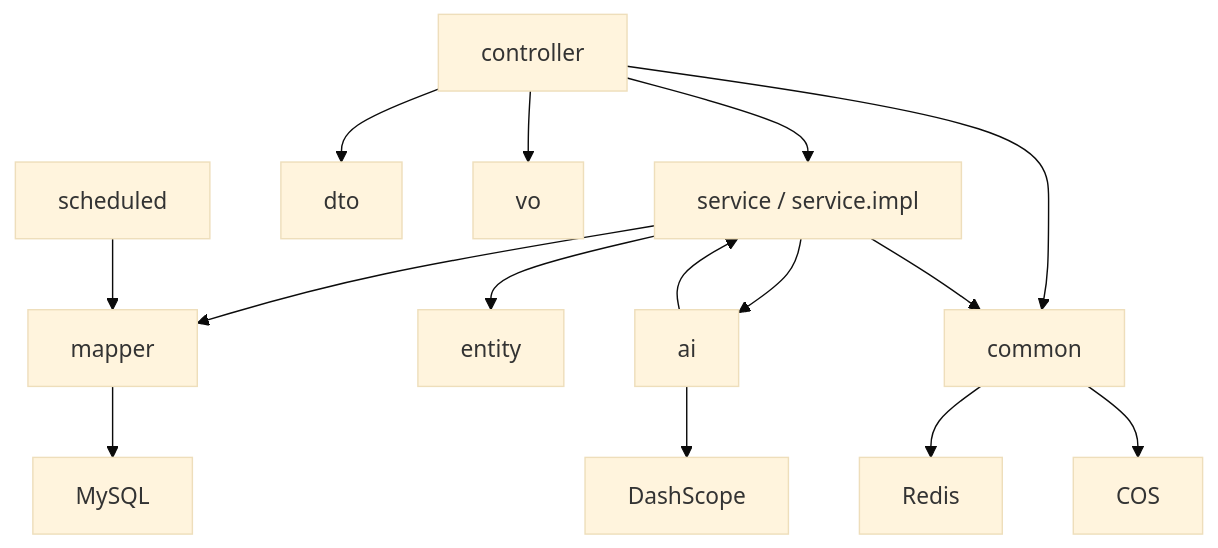
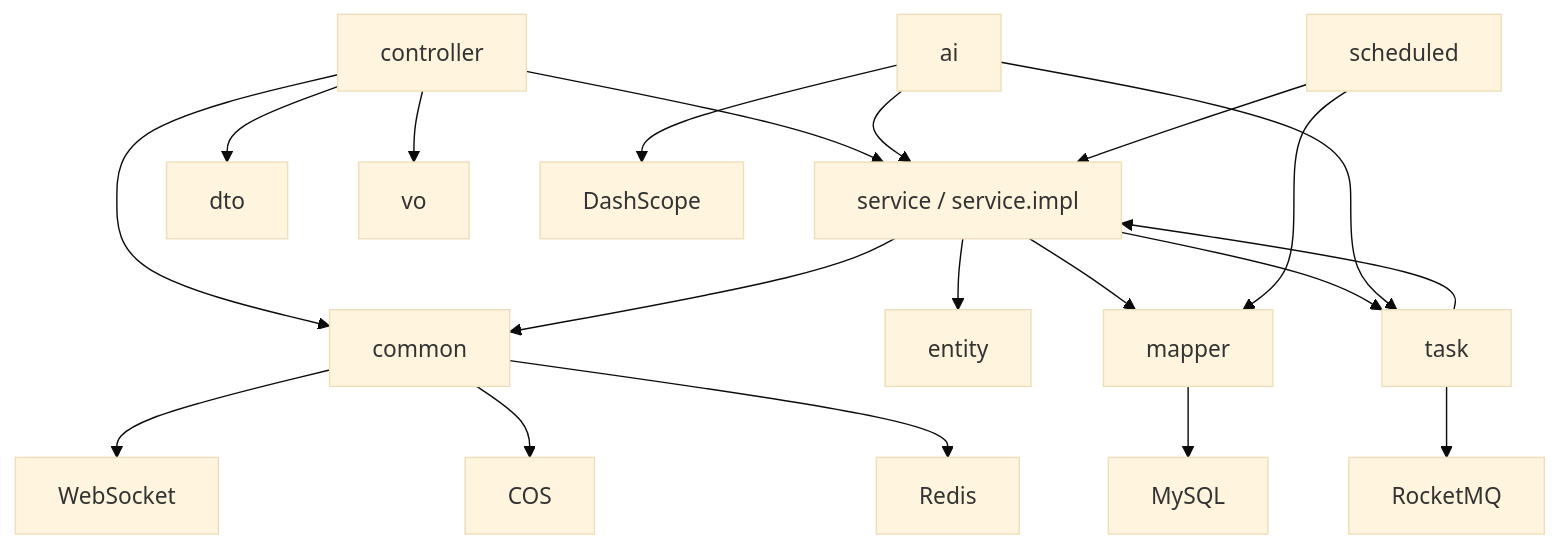
Before and after one commit to FishDuM/AI.Image.Material.Collaboration.Platform: the eighth of 8 diagrams in model/uml_diagrams.md, drawn with Mermaid (base theme). The commit also changed other lines of this file and 2 other files, not shown here.

````diff
--- a/model/uml_diagrams.md
+++ b/model/uml_diagrams.md
@@ -644,31 +717,39 @@
 ```mermaid
 flowchart TD
     Controller["controller"]
     Service["service / service.impl"]
     Mapper["mapper"]
     Entity["entity"]
     DTO["dto"]
     VO["vo"]
     Common["common"]
     Scheduled["scheduled"]
     AI["ai"]
+    Task["task"]
     DB["MySQL"]
     Redis["Redis"]
     COS["COS"]
     DashScope["DashScope"]
+    MQ["RocketMQ"]
+    WS["WebSocket"]
 
     Controller --> DTO
     Controller --> Service
     Controller --> VO
     Controller --> Common
     Service --> Mapper
     Service --> Entity
     Service --> Common
+    Service --> Task
     Mapper --> DB
     Common --> Redis
     Common --> COS
+    Common --> WS
     AI --> DashScope
     AI --> Service
+    AI --> Task
     Scheduled --> Mapper
-    Service --> AI
+    Scheduled --> Service
+    Task --> MQ
+    Task --> Service
 ```
````
